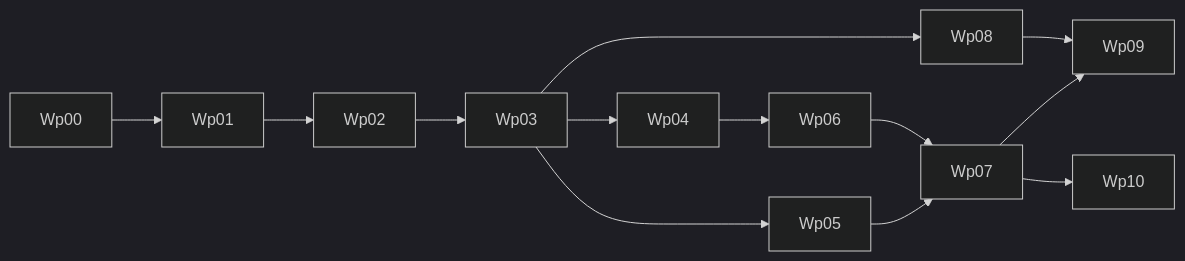
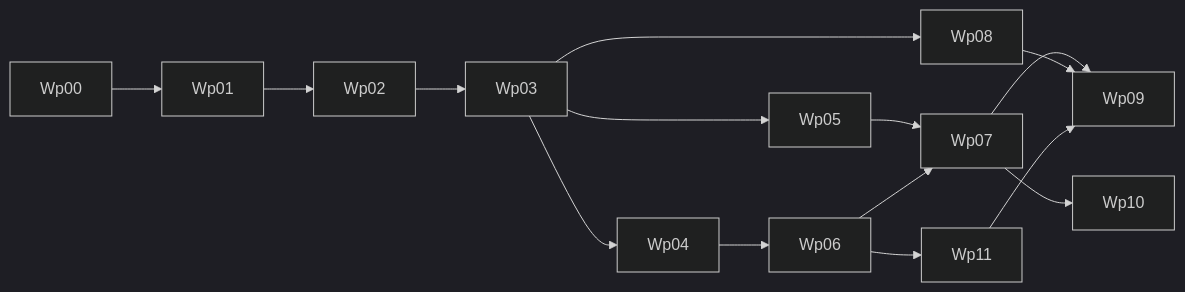
Before and after one commit to katooling/pocket-gpt: the diagram in docs/operations/execution-board.md, drawn with Mermaid (dark theme). The commit also changed other lines of this file and 6 other files, not shown here.

````diff
--- a/docs/operations/execution-board.md
+++ b/docs/operations/execution-board.md
@@ -133,15 +126,17 @@
 ```mermaid
 flowchart LR
 Wp00 --> Wp01
 Wp01 --> Wp02
 Wp02 --> Wp03
 Wp03 --> Wp04
 Wp03 --> Wp05
 Wp04 --> Wp06
 Wp05 --> Wp07
 Wp06 --> Wp07
 Wp03 --> Wp08
+Wp06 --> Wp11
 Wp07 --> Wp09
 Wp08 --> Wp09
+Wp11 --> Wp09
 Wp07 --> Wp10
 ```
````
